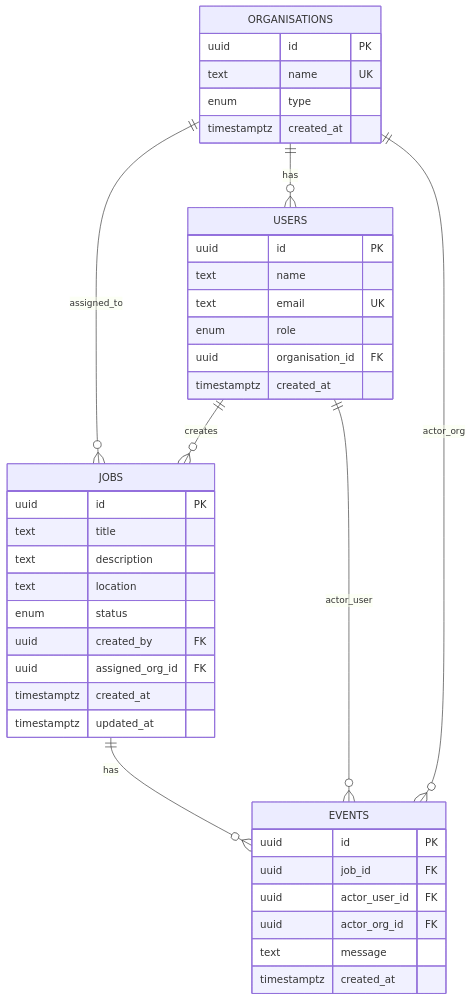
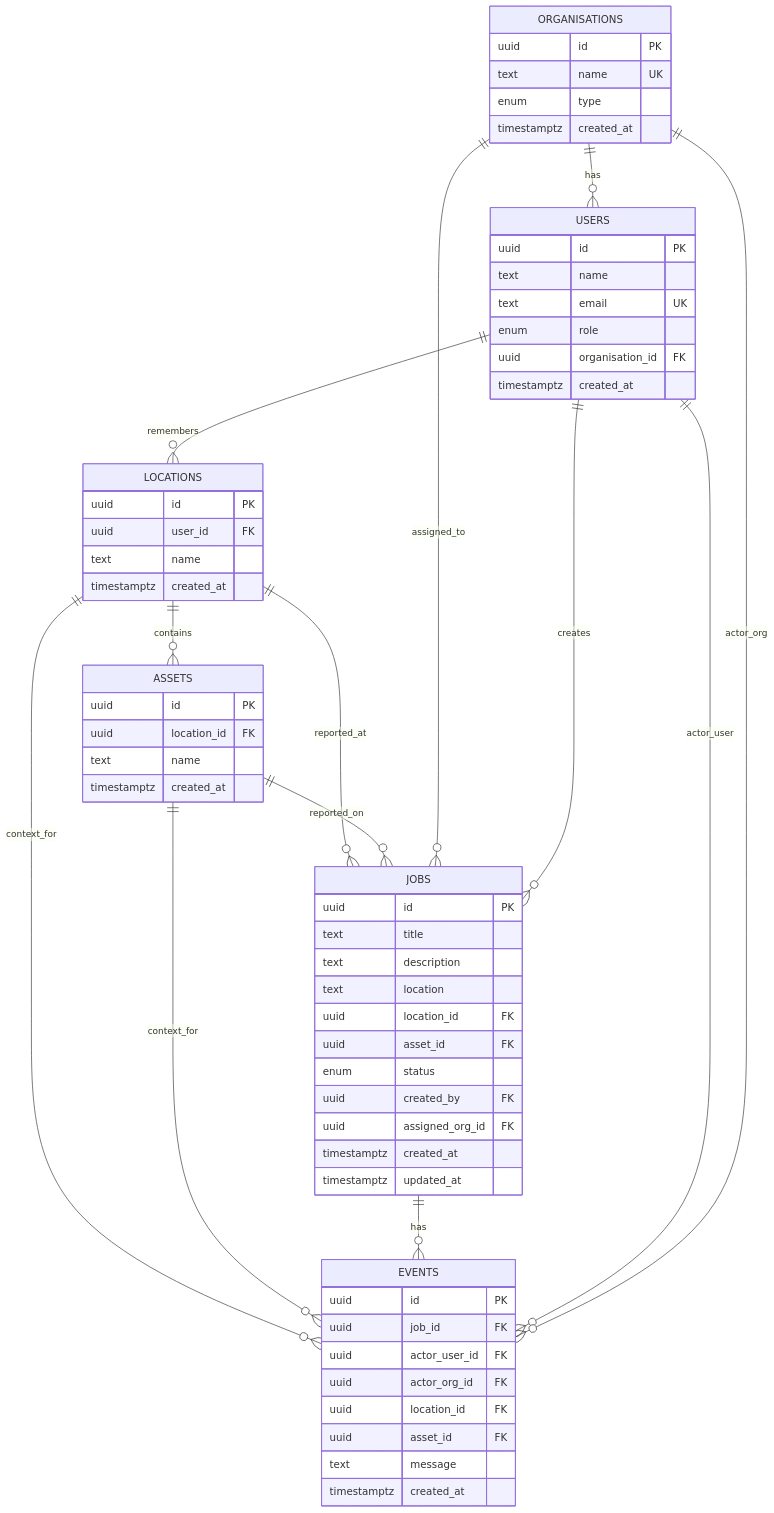
One commit to papa-halan/fixhub-v1_r changed the first of 4 diagrams in README.md. Above: the diagram before and after it, drawn with Mermaid. The commit also changed other lines of this file and 32 other files, not shown here.

````diff
--- a/README.md
+++ b/README.md
@@ -41,46 +51,70 @@
 ```mermaid
 erDiagram
+    LOCATIONS {
+        uuid id PK
+        uuid user_id FK
+        text name
+        timestamptz created_at
+    }
+
+    ASSETS {
+        uuid id PK
+        uuid location_id FK
+        text name
+        timestamptz created_at
+    }
+
     ORGANISATIONS {
         uuid id PK
         text name UK
         enum type
         timestamptz created_at
     }
 
     USERS {
         uuid id PK
         text name
         text email UK
         enum role
         uuid organisation_id FK
         timestamptz created_at
     }
 
     JOBS {
         uuid id PK
         text title
         text description
         text location
+        uuid location_id FK
+        uuid asset_id FK
         enum status
         uuid created_by FK
         uuid assigned_org_id FK
         timestamptz created_at
         timestamptz updated_at
     }
 
     EVENTS {
         uuid id PK
         uuid job_id FK
         uuid actor_user_id FK
         uuid actor_org_id FK
+        uuid location_id FK
+        uuid asset_id FK
         text message
         timestamptz created_at
     }
 
+    USERS ||--o{ LOCATIONS : remembers
+    LOCATIONS ||--o{ ASSETS : contains
+    LOCATIONS ||--o{ JOBS : reported_at
+    ASSETS ||--o{ JOBS : reported_on
+    LOCATIONS ||--o{ EVENTS : context_for
+    ASSETS ||--o{ EVENTS : context_for
     ORGANISATIONS ||--o{ USERS : has
     ORGANISATIONS ||--o{ JOBS : assigned_to
     USERS ||--o{ JOBS : creates
     JOBS ||--o{ EVENTS : has
     USERS ||--o{ EVENTS : actor_user
     ORGANISATIONS ||--o{ EVENTS : actor_org
 ```
````
